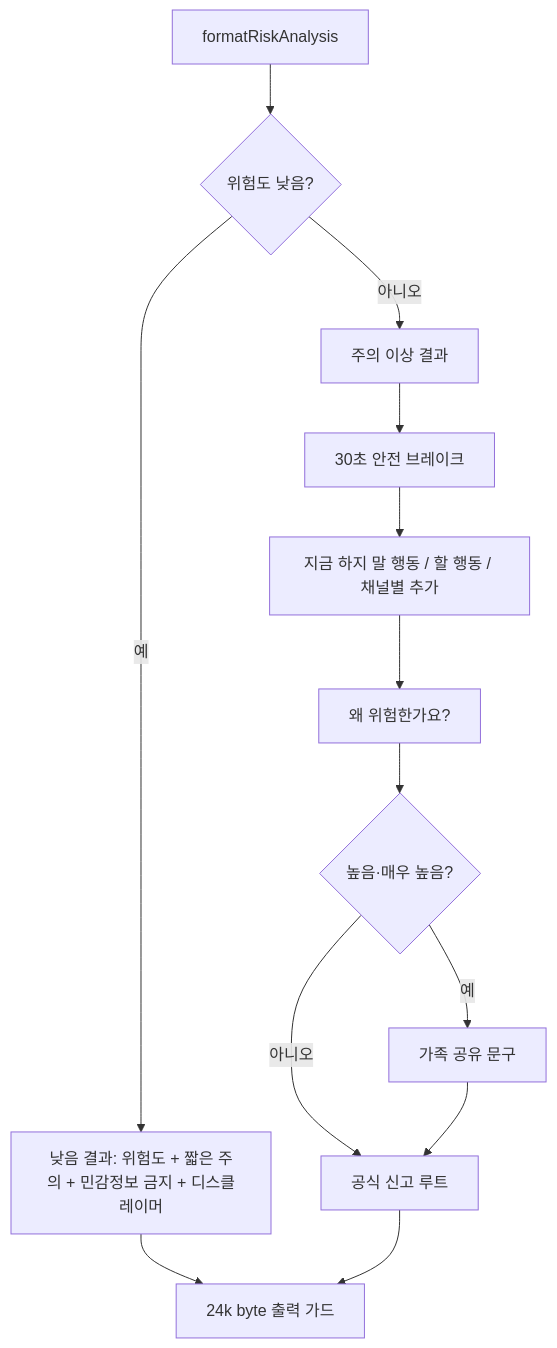
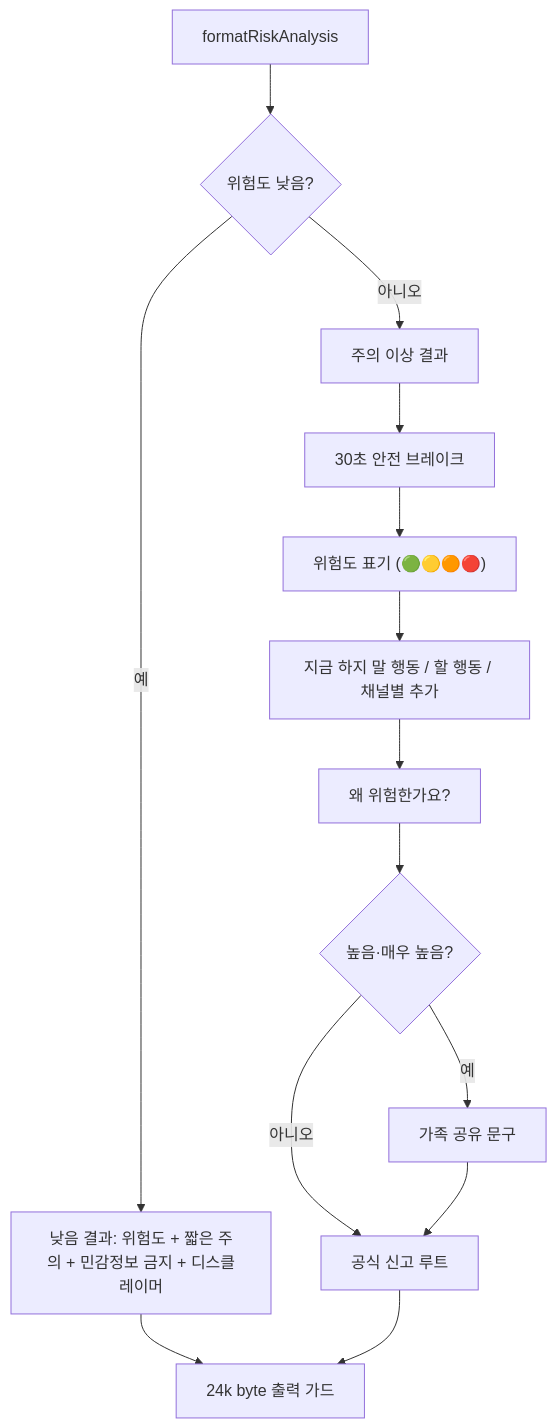
Before and after one commit to DO-MADO/phishing-signal-mcp: the fourth of 5 diagrams in README.md, drawn with Mermaid. The commit also changed other lines of this file and 3 other files, not shown here.

````diff
--- a/README.md
+++ b/README.md
@@ -206,15 +207,16 @@
 ```mermaid
 flowchart TD
     A["formatRiskAnalysis"] --> B{"위험도 낮음?"}
     B -->|"예"| C["낮음 결과: 위험도 + 짧은 주의 + 민감정보 금지 + 디스클레이머"]
     B -->|"아니오"| H["주의 이상 결과"]
     H --> I["30초 안전 브레이크"]
-    I --> K["지금 하지 말 행동 / 할 행동 / 채널별 추가"]
+    I --> J["위험도 표기 (🟢🟡🟠🔴)"]
+    J --> K["지금 하지 말 행동 / 할 행동 / 채널별 추가"]
     K --> N["왜 위험한가요?"]
     N --> O{"높음·매우 높음?"}
     O -->|"예"| P["가족 공유 문구"]
     O -->|"아니오"| R["공식 신고 루트"]
     P --> R
     C --> U["24k byte 출력 가드"]
     R --> U
 ```
````
